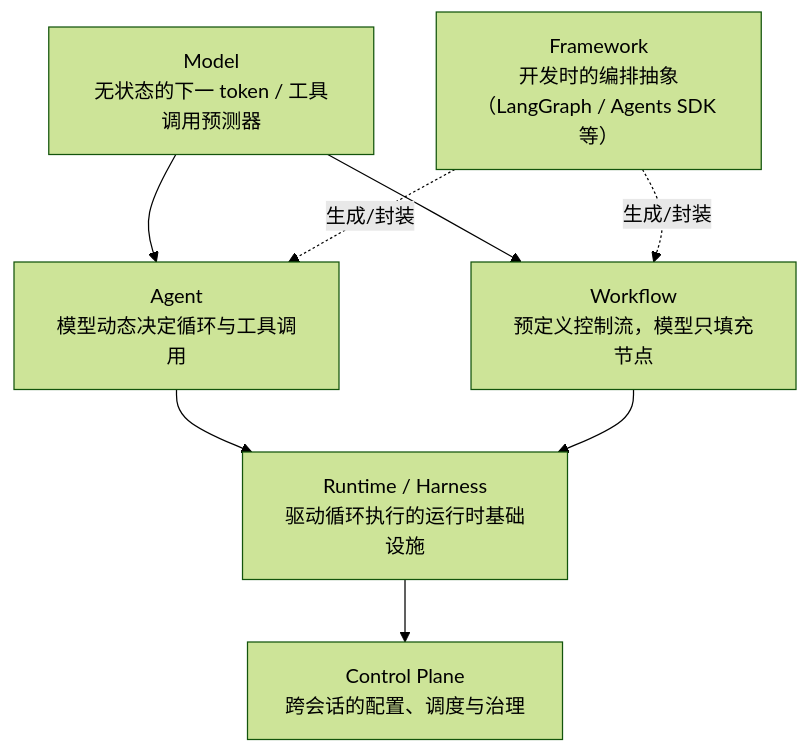
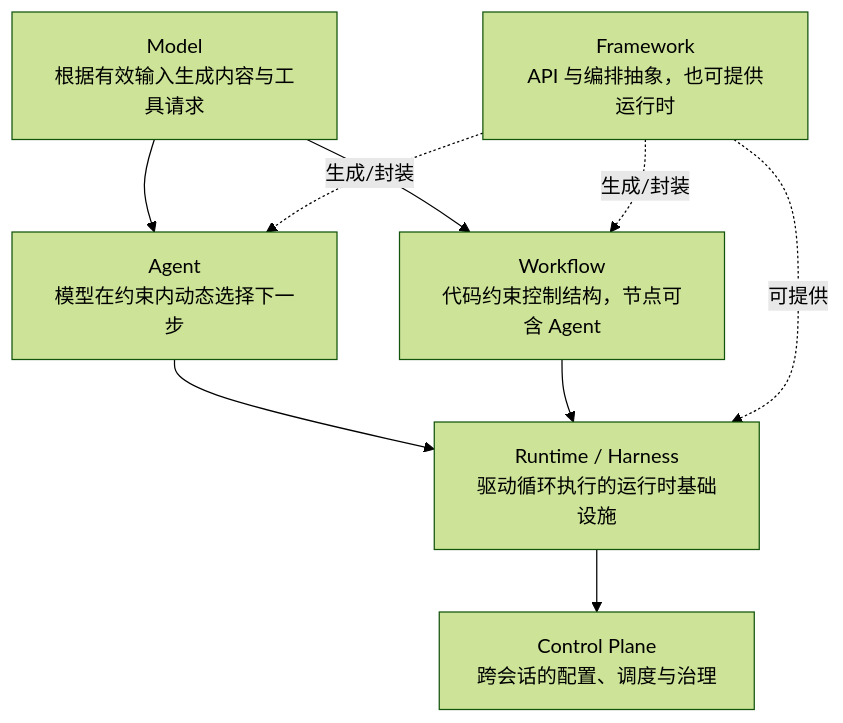
One commit to oneleaveknowsthefall/awesome-ai-roadmap changed the first of 2 diagrams in docs/agent/02-runtime-harness/16-harness-definition-and-boundaries.md. Above: the diagram before and after it, drawn with Mermaid (forest theme). The commit also changed other lines of this file and 34 other files, not shown here.

````diff
--- a/docs/agent/02-runtime-harness/16-harness-definition-and-boundaries.md
+++ b/docs/agent/02-runtime-harness/16-harness-definition-and-boundaries.md
@@ -47,17 +47,18 @@
 ```mermaid
 flowchart TB
-    M["Model<br/>无状态的下一 token / 工具调用预测器"]
-    A["Agent<br/>模型动态决定循环与工具调用"]
-    W["Workflow<br/>预定义控制流，模型只填充节点"]
+    M["Model<br/>根据有效输入生成内容与工具请求"]
+    A["Agent<br/>模型在约束内动态选择下一步"]
+    W["Workflow<br/>代码约束控制结构，节点可含 Agent"]
     H["Runtime / Harness<br/>驱动循环执行的运行时基础设施"]
-    F["Framework<br/>开发时的编排抽象（LangGraph / Agents SDK 等）"]
+    F["Framework<br/>API 与编排抽象，也可提供运行时"]
     C["Control Plane<br/>跨会话的配置、调度与治理"]
 
     M --> A
     M --> W
     A --> H
     W --> H
     F -. 生成/封装 .-> A
     F -. 生成/封装 .-> W
+    F -. 可提供 .-> H
     H --> C
 ```
````
